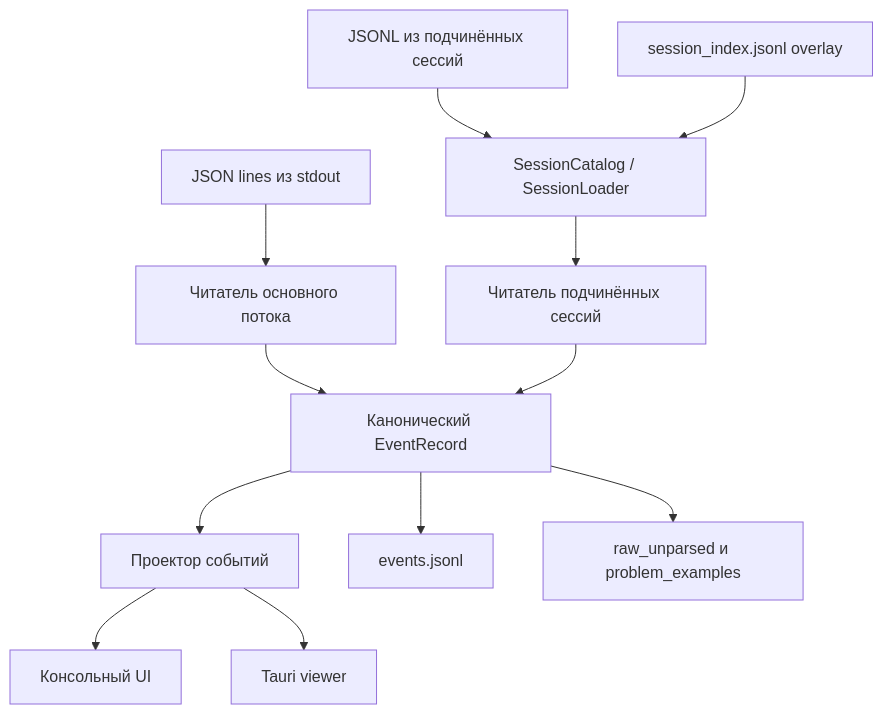
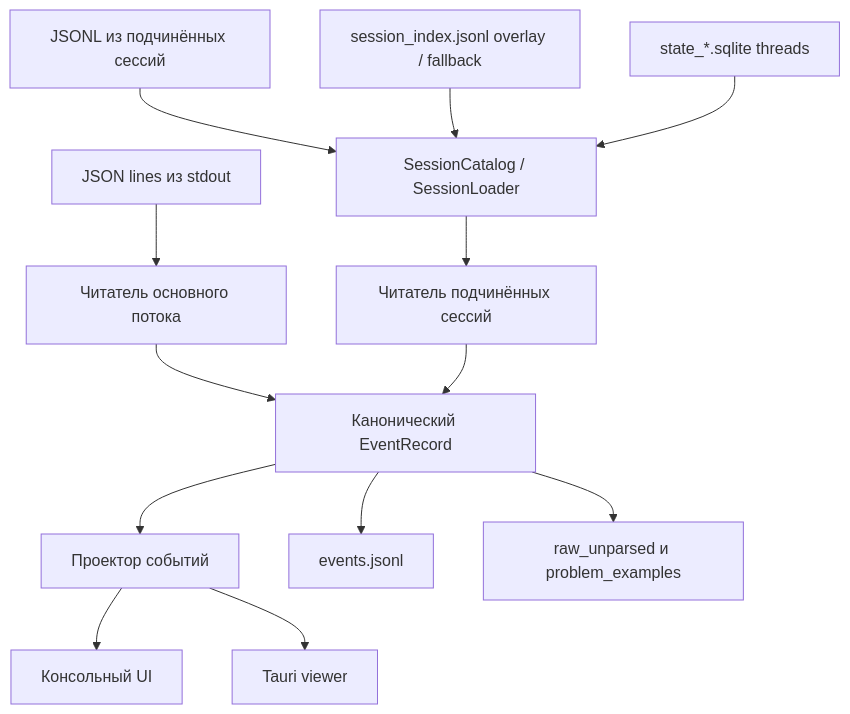
Before and after one commit to alkoleft/codex-session-view: the fourth of 11 diagrams in docs/architecture/arc42/architecture.md, drawn with Mermaid. The commit also changed other lines of this file and 25 other files, not shown here.

Commit message:
feat(viewer): improve sqlite session catalog and tauri ui

````diff
--- a/docs/architecture/arc42/architecture.md
+++ b/docs/architecture/arc42/architecture.md
@@ -247,14 +247,15 @@
 ```mermaid
 flowchart TD
     MAIN[JSON lines из stdout] --> R1[Читатель основного потока]
     SUB[JSONL из подчинённых сессий] --> CAT[SessionCatalog / SessionLoader]
-    IDX[session_index.jsonl overlay] --> CAT
+    IDX[session_index.jsonl overlay / fallback] --> CAT
+    SQL[state_*.sqlite threads] --> CAT
     CAT --> R2[Читатель подчинённых сессий]
     R1 --> REC[Канонический EventRecord]
     R2 --> REC
     REC --> PROJ[Проектор событий]
     REC --> EVTLOG[events.jsonl]
     REC --> RAW[raw_unparsed и problem_examples]
     PROJ --> UI[Консольный UI]
     PROJ --> VIEW[Tauri viewer]
 ```
````
